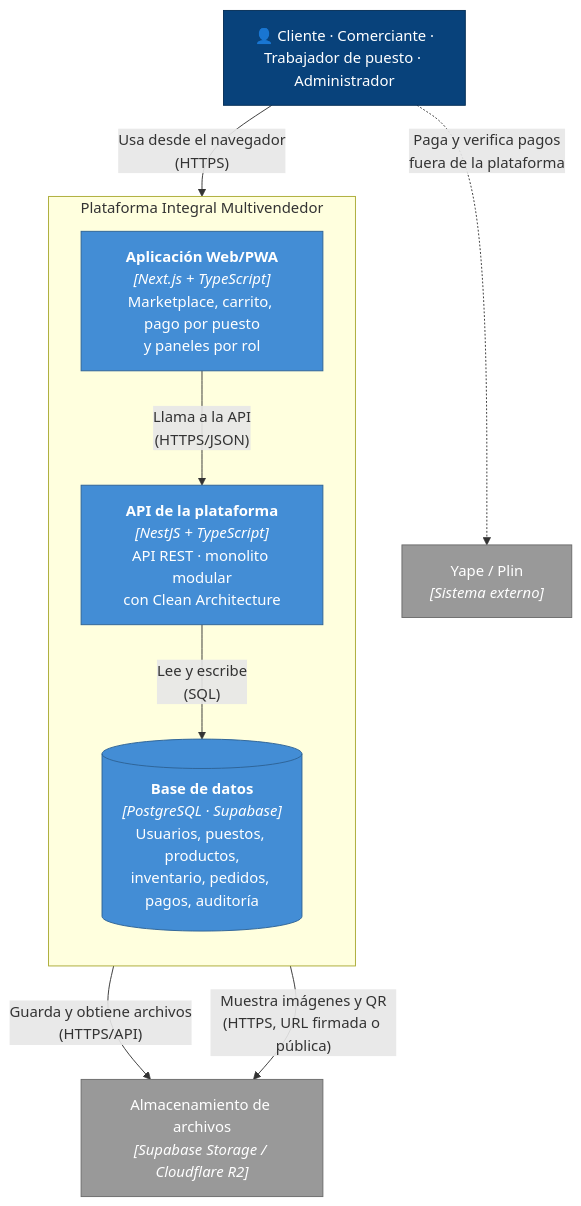
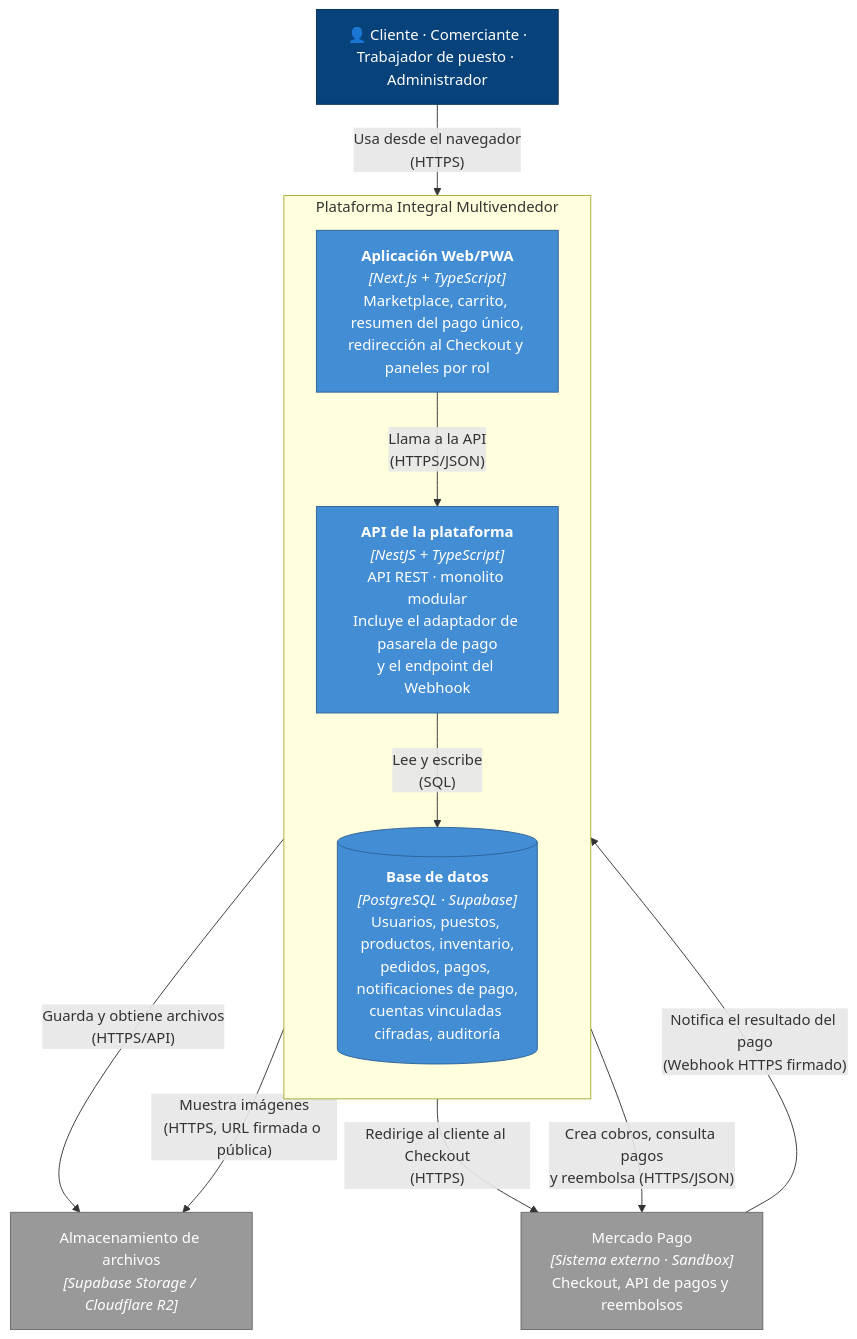
Before and after one commit to DheanFernandez/mercado-multivendedor: the diagram in docs/04-modelo-c4/Nivel2-DiagramadeContenedores.md, drawn with Mermaid. The commit also changed other lines of this file and 24 other files, not shown here.

Commit message:
docs: refactorizar estilo a monolito modular e integrar pago unico con Mercado Pago

````diff
--- a/docs/04-modelo-c4/Nivel2-DiagramadeContenedores.md
+++ b/docs/04-modelo-c4/Nivel2-DiagramadeContenedores.md
@@ -24,30 +24,32 @@
 ```mermaid
 flowchart TB
     U["👤 Cliente · Comerciante ·<br/>Trabajador de puesto · Administrador"]
 
     subgraph SYS["Plataforma Integral Multivendedor"]
         direction TB
-        WEB["<b>Aplicación Web/PWA</b><br/><i>[Next.js + TypeScript]</i><br/>Marketplace, carrito, pago por puesto<br/>y paneles por rol"]
-        API["<b>API de la plataforma</b><br/><i>[NestJS + TypeScript]</i><br/>API REST · monolito modular<br/>con Clean Architecture"]
-        DB[("<b>Base de datos</b><br/><i>[PostgreSQL · Supabase]</i><br/>Usuarios, puestos, productos,<br/>inventario, pedidos, pagos, auditoría")]
+        WEB["<b>Aplicación Web/PWA</b><br/><i>[Next.js + TypeScript]</i><br/>Marketplace, carrito, resumen del pago único,<br/>redirección al Checkout y paneles por rol"]
+        API["<b>API de la plataforma</b><br/><i>[NestJS + TypeScript]</i><br/>API REST · monolito modular<br/>Incluye el adaptador de pasarela de pago<br/>y el endpoint del Webhook"]
+        DB[("<b>Base de datos</b><br/><i>[PostgreSQL · Supabase]</i><br/>Usuarios, puestos, productos, inventario,<br/>pedidos, pagos, notificaciones de pago,<br/>cuentas vinculadas cifradas, auditoría")]
     end
 
     ST["Almacenamiento de archivos<br/><i>[Supabase Storage / Cloudflare R2]</i>"]
-    YP["Yape / Plin<br/><i>[Sistema externo]</i>"]
+    MP["Mercado Pago<br/><i>[Sistema externo · Sandbox]</i><br/>Checkout, API de pagos y reembolsos"]
 
     U -->|"Usa desde el navegador<br/>(HTTPS)"| WEB
     WEB -->|"Llama a la API<br/>(HTTPS/JSON)"| API
     API -->|"Lee y escribe<br/>(SQL)"| DB
     API -->|"Guarda y obtiene archivos<br/>(HTTPS/API)"| ST
-    WEB -->|"Muestra imágenes y QR<br/>(HTTPS, URL firmada o pública)"| ST
-    U -.->|"Paga y verifica pagos<br/>fuera de la plataforma"| YP
+    WEB -->|"Muestra imágenes<br/>(HTTPS, URL firmada o pública)"| ST
+    WEB -->|"Redirige al cliente al Checkout<br/>(HTTPS)"| MP
+    API -->|"Crea cobros, consulta pagos<br/>y reembolsa (HTTPS/JSON)"| MP
+    MP -->|"Notifica el resultado del pago<br/>(Webhook HTTPS firmado)"| API
 
     classDef person fill:#08427b,stroke:#052e56,color:#ffffff
     classDef container fill:#438dd5,stroke:#2e6295,color:#ffffff
     classDef db fill:#438dd5,stroke:#2e6295,color:#ffffff
     classDef external fill:#999999,stroke:#6b6b6b,color:#ffffff
     class U person
     class WEB,API container
     class DB db
-    class ST,YP external
+    class ST,MP external
 ```
````
